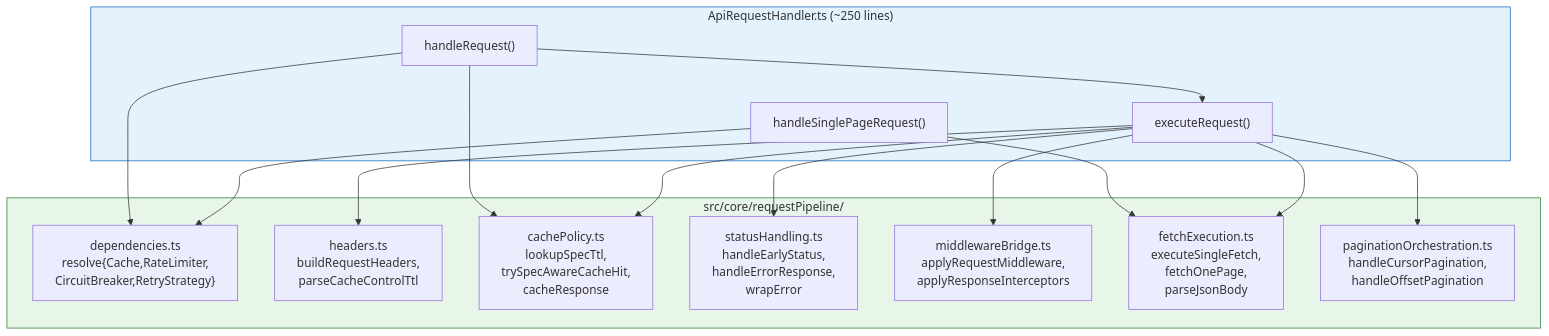
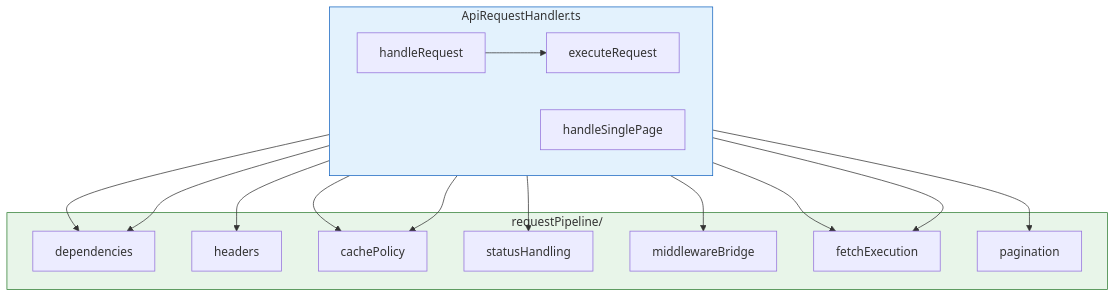
One commit to lgriffin/ESI.ts changed diagram 16 of 18 in guides/ARCHITECTURE.md. Above: the diagram before and after it, drawn with Mermaid. The commit also changed other lines of this file, not shown here.

First line of the commit message:
docs: fix sequence diagram rendering and enrich architecture prose

````diff
--- a/guides/ARCHITECTURE.md
+++ b/guides/ARCHITECTURE.md
@@ -958,33 +869,34 @@
 ```mermaid
-graph TB
-    subgraph Coordinator["ApiRequestHandler.ts (~250 lines)"]
-        HR["handleRequest()"]
-        HSPR["handleSinglePageRequest()"]
-        ER["executeRequest()"]
+flowchart TB
+    subgraph Coord ["ApiRequestHandler.ts"]
+        direction LR
+        HR["handleRequest"]
+        HSPR["handleSinglePage"]
+        ER["executeRequest"]
     end
 
-    subgraph Modules["src/core/requestPipeline/"]
-        Deps["dependencies.ts<br/>resolve{Cache,RateLimiter,<br/>CircuitBreaker,RetryStrategy}"]
-        Hdrs["headers.ts<br/>buildRequestHeaders,<br/>parseCacheControlTtl"]
-        CP["cachePolicy.ts<br/>lookupSpecTtl,<br/>trySpecAwareCacheHit,<br/>cacheResponse"]
-        SH["statusHandling.ts<br/>handleEarlyStatus,<br/>handleErrorResponse,<br/>wrapError"]
-        MB["middlewareBridge.ts<br/>applyRequestMiddleware,<br/>applyResponseInterceptors"]
-        FE["fetchExecution.ts<br/>executeSingleFetch,<br/>fetchOnePage,<br/>parseJsonBody"]
-        PO["paginationOrchestration.ts<br/>handleCursorPagination,<br/>handleOffsetPagination"]
+    subgraph Mods ["requestPipeline/"]
+        Deps["dependencies"]
+        Hdrs["headers"]
+        CP["cachePolicy"]
+        SH["statusHandling"]
+        MB["middlewareBridge"]
+        FE["fetchExecution"]
+        PO["pagination"]
     end
 
     HR --> CP
     HR --> Deps
     HR --> ER
     HSPR --> FE
     HSPR --> Deps
     ER --> Hdrs
     ER --> MB
     ER --> FE
     ER --> SH
     ER --> CP
     ER --> PO
 
-    style Coordinator fill:#e3f2fd,stroke:#1565c0
-    style Modules fill:#e8f5e9,stroke:#2e7d32
+    style Coord fill:#e3f2fd,stroke:#1565c0
+    style Mods fill:#e8f5e9,stroke:#2e7d32
 ```
````
